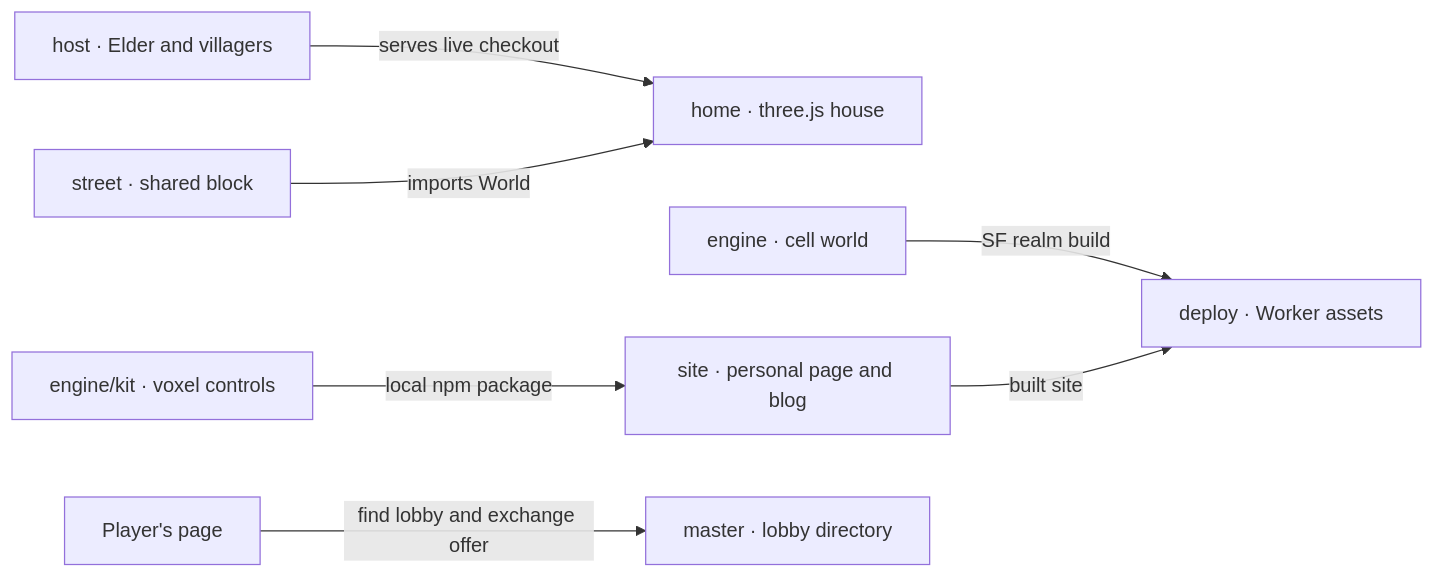
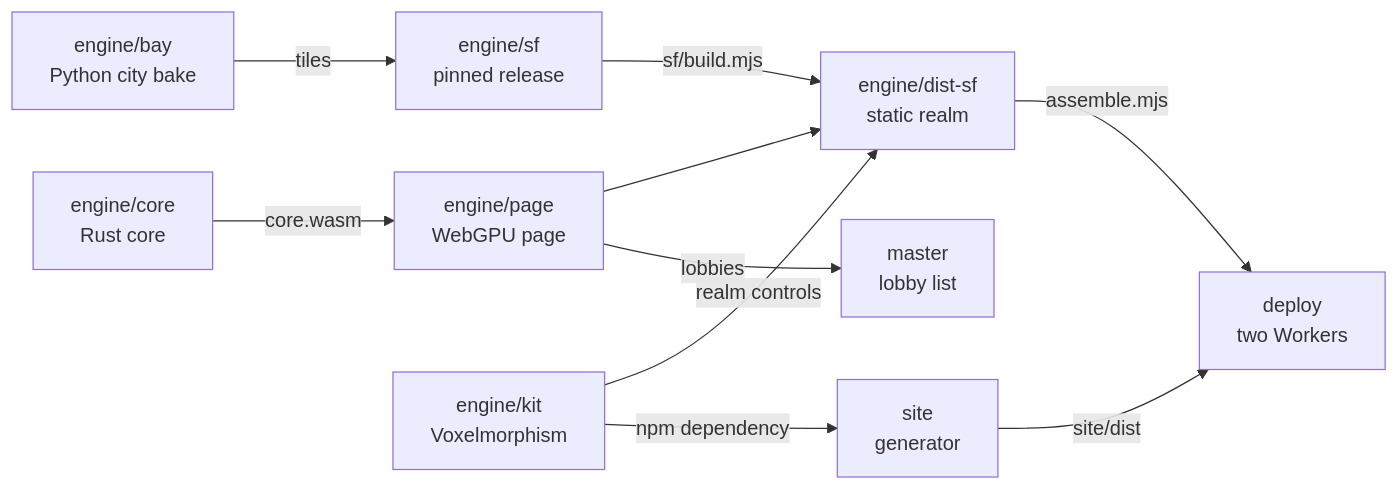
Before and after one commit to voxelwright/voxelwright: the diagram in guide/project.md, drawn with Mermaid. The commit also changed other lines of this file and 78 other files, not shown here.

````diff
--- a/guide/project.md
+++ b/guide/project.md
@@ -8,9 +8,12 @@
 ```mermaid
 flowchart LR
-  Host["host · Elder and villagers"] -->|serves live checkout| Home["home · three.js house"]
-  Street["street · shared block"] -->|imports World| Home
-  Engine["engine · cell world"] -->|SF realm build| Deploy["deploy · Worker assets"]
-  Kit["engine/kit · voxel controls"] -->|local npm package| Site["site · personal page and blog"]
-  Site -->|built site| Deploy
-  Player["Player's page"] -->|find lobby and exchange offer| Master["master · lobby directory"]
+  Core["engine/core<br/>Rust core"] -->|core.wasm| Page["engine/page<br/>WebGPU page"]
+  Bay["engine/bay<br/>Python city bake"] -->|tiles| Release["engine/sf<br/>pinned release"]
+  Release -->|sf/build.mjs| Realm["engine/dist-sf<br/>static realm"]
+  Page --> Realm
+  Kit["engine/kit<br/>Voxelmorphism"] -->|realm controls| Realm
+  Kit -->|npm dependency| Site["site<br/>generator"]
+  Realm -->|assemble.mjs| Deploy["deploy<br/>two Workers"]
+  Site -->|site/dist| Deploy
+  Page -->|lobbies| Master["master<br/>lobby list"]
 ```
````
